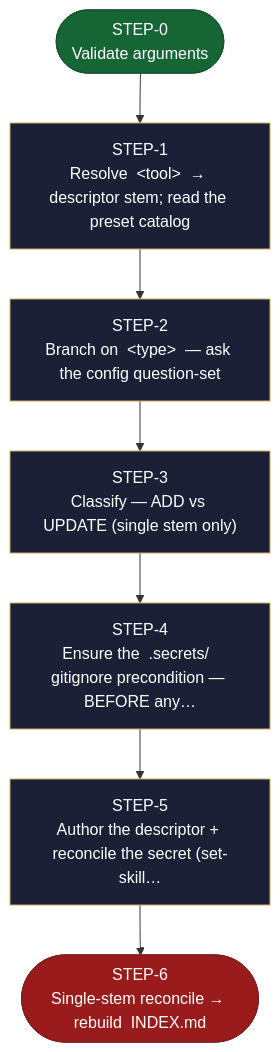
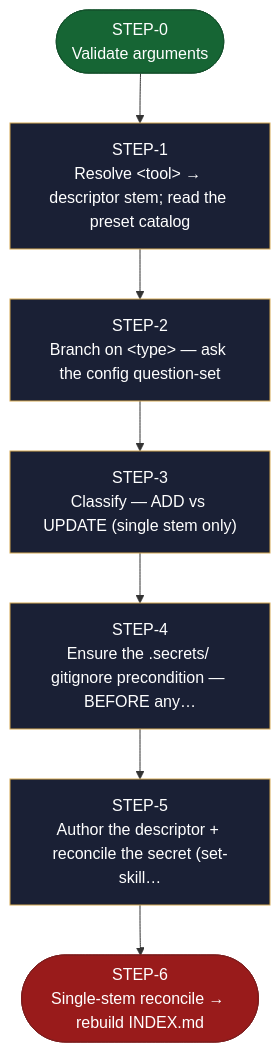
The diagram in site/src/content/docs/skills/aid-set-connector.md (AndreVianna/aid-methodology), drawn with Mermaid before and after one commit. The commit also changed 7 other files, not shown here.

````diff
--- a/site/src/content/docs/skills/aid-set-connector.md
+++ b/site/src/content/docs/skills/aid-set-connector.md
@@ -22,36 +22,36 @@
 ```mermaid
 flowchart TB
   classDef aidNode color:#fff
   classDef aidEntry fill:#166534,stroke:#14532d,color:#fff
   classDef aidExit fill:#991b1b,stroke:#7f1d1d,color:#fff
   classDef aidDecision fill:#92400e,stroke:#78350f,color:#fff
   classDef aidLoopBack fill:#1e3a8a,stroke:#1e3a8a,color:#fff
   classDef aidStep fill:#1a2035,stroke:#d4a853,color:#f1f5f9
   n1(["STEP-0<br/>Validate arguments"])
-  n2["STEP-1<br/>Resolve  &lt;tool&gt;  → descriptor stem; read the preset catalog"]
-  n3["STEP-2<br/>Branch on  &lt;type&gt;  — ask the config question-set"]
+  n2["STEP-1<br/>Resolve &lt;tool&gt; → descriptor stem; read the preset catalog"]
+  n3["STEP-2<br/>Branch on &lt;type&gt; — ask the config question-set"]
   n4["STEP-3<br/>Classify — ADD vs UPDATE (single stem only)"]
-  n5["STEP-4<br/>Ensure the  .secrets/  gitignore precondition — BEFORE any…"]
+  n5["STEP-4<br/>Ensure the .secrets/ gitignore precondition — BEFORE any…"]
   n6["STEP-5<br/>Author the descriptor + reconcile the secret (set-skill…"]
-  n7(["STEP-6<br/>Single-stem reconcile → rebuild  INDEX.md "])
+  n7(["STEP-6<br/>Single-stem reconcile → rebuild INDEX.md"])
   n1 --> n2
   n2 --> n3
   n3 --> n4
   n4 --> n5
   n5 --> n6
   n6 --> n7
   class n1 aidEntry
   class n2 aidStep
   class n3 aidStep
   class n4 aidStep
   class n5 aidStep
   class n6 aidStep
   class n7 aidExit
   class n1 aidNode
   class n2 aidNode
   class n3 aidNode
   class n4 aidNode
   class n5 aidNode
   class n6 aidNode
   class n7 aidNode
 ```
````
